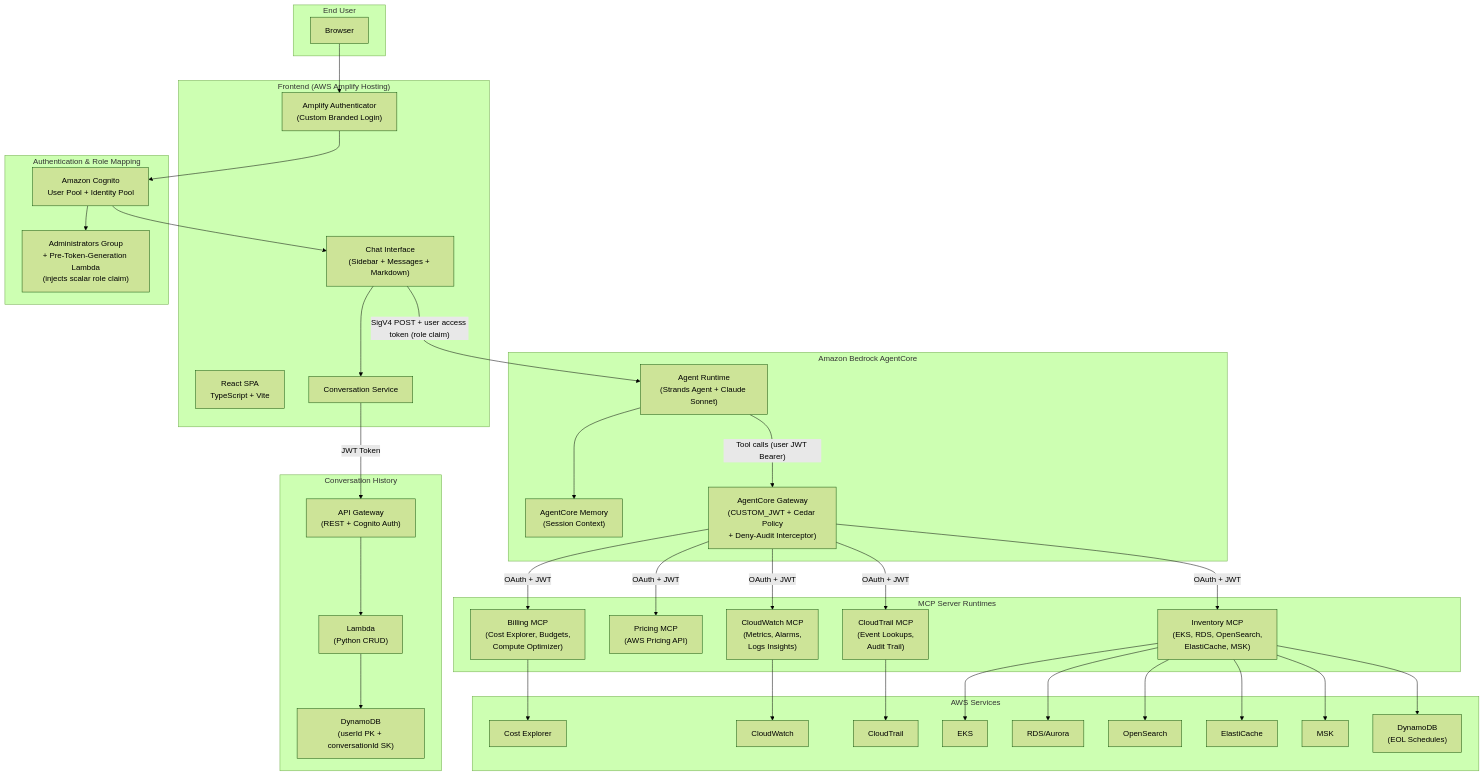
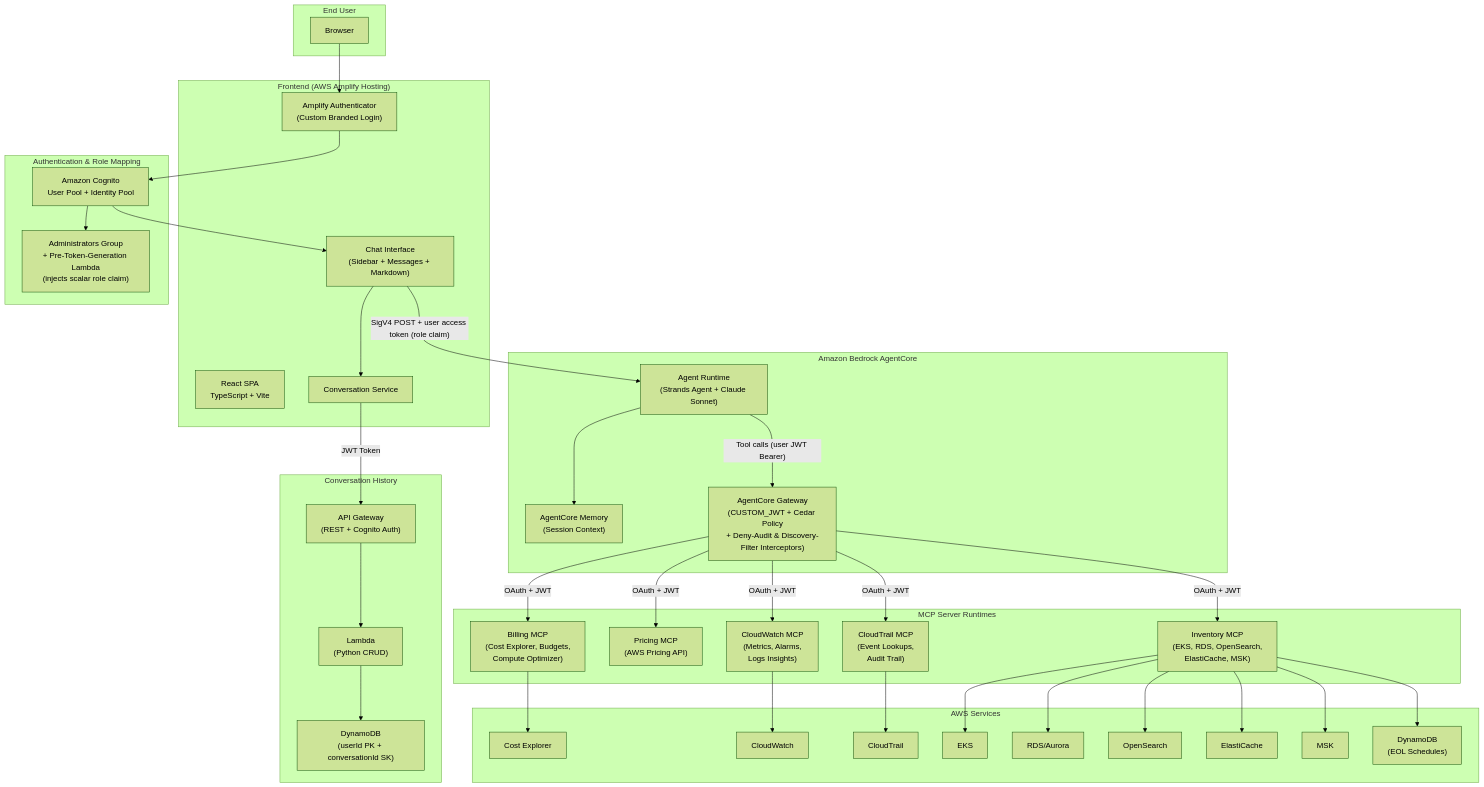
The first of 2 diagrams in README.md (aws-samples/sample-cloudops-agent-amazon-bedrock-agentcore), drawn with Mermaid (forest theme) before and after one commit. The commit also changed other lines of this file and 13 other files, not shown here.

````diff
--- a/README.md
+++ b/README.md
@@ -17,78 +17,78 @@
 ```mermaid
 flowchart TB
     subgraph User["End User"]
         Browser["Browser"]
     end
 
     subgraph Frontend["Frontend (AWS Amplify Hosting)"]
         ReactApp["React SPA<br/>TypeScript + Vite"]
         AuthUI["Amplify Authenticator<br/>(Custom Branded Login)"]
         ChatUI["Chat Interface<br/>(Sidebar + Messages + Markdown)"]
         ConvService["Conversation Service"]
     end
 
     subgraph Auth["Authentication & Role Mapping"]
         Cognito["Amazon Cognito<br/>User Pool + Identity Pool"]
         AdminGroup["Administrators Group<br/>+ Pre-Token-Generation Lambda<br/>(injects scalar role claim)"]
     end
 
     subgraph ConvAPI["Conversation History"]
         APIGW["API Gateway<br/>(REST + Cognito Auth)"]
         ConvLambda["Lambda<br/>(Python CRUD)"]
         DDB["DynamoDB<br/>(userId PK + conversationId SK)"]
     end
 
     subgraph AgentCore["Amazon Bedrock AgentCore"]
         Runtime["Agent Runtime<br/>(Strands Agent + Claude Sonnet)"]
         Memory["AgentCore Memory<br/>(Session Context)"]
-        Gateway["AgentCore Gateway<br/>(CUSTOM_JWT + Cedar Policy<br/>+ Deny-Audit Interceptor)"]
+        Gateway["AgentCore Gateway<br/>(CUSTOM_JWT + Cedar Policy<br/>+ Deny-Audit & Discovery-Filter Interceptors)"]
     end
 
     subgraph MCPServers["MCP Server Runtimes"]
         Billing["Billing MCP<br/>(Cost Explorer, Budgets,<br/>Compute Optimizer)"]
         Pricing["Pricing MCP<br/>(AWS Pricing API)"]
         CloudWatch["CloudWatch MCP<br/>(Metrics, Alarms,<br/>Logs Insights)"]
         CloudTrail["CloudTrail MCP<br/>(Event Lookups,<br/>Audit Trail)"]
         Inventory["Inventory MCP<br/>(EKS, RDS, OpenSearch,<br/>ElastiCache, MSK)"]
     end
 
     subgraph AWSServices["AWS Services"]
         CostExplorer["Cost Explorer"]
         CW["CloudWatch"]
         CT["CloudTrail"]
         EKS["EKS"]
         RDS["RDS/Aurora"]
         OS["OpenSearch"]
         EC["ElastiCache"]
         MSK["MSK"]
         EOLTable["DynamoDB<br/>(EOL Schedules)"]
     end
 
     Browser --> AuthUI
     AuthUI --> Cognito
     Cognito --> AdminGroup
     Cognito --> ChatUI
     ChatUI -->|"SigV4 POST + user access token (role claim)"| Runtime
     ChatUI --> ConvService
     ConvService -->|"JWT Token"| APIGW
     APIGW --> ConvLambda
     ConvLambda --> DDB
 
     Runtime --> Memory
     Runtime -->|"Tool calls (user JWT Bearer)"| Gateway
     Gateway -->|"OAuth + JWT"| Billing
     Gateway -->|"OAuth + JWT"| Pricing
     Gateway -->|"OAuth + JWT"| CloudWatch
     Gateway -->|"OAuth + JWT"| CloudTrail
     Gateway -->|"OAuth + JWT"| Inventory
 
     Billing --> CostExplorer
     CloudWatch --> CW
     CloudTrail --> CT
     Inventory --> EKS
     Inventory --> RDS
     Inventory --> OS
     Inventory --> EC
     Inventory --> MSK
     Inventory --> EOLTable
 ```
````
